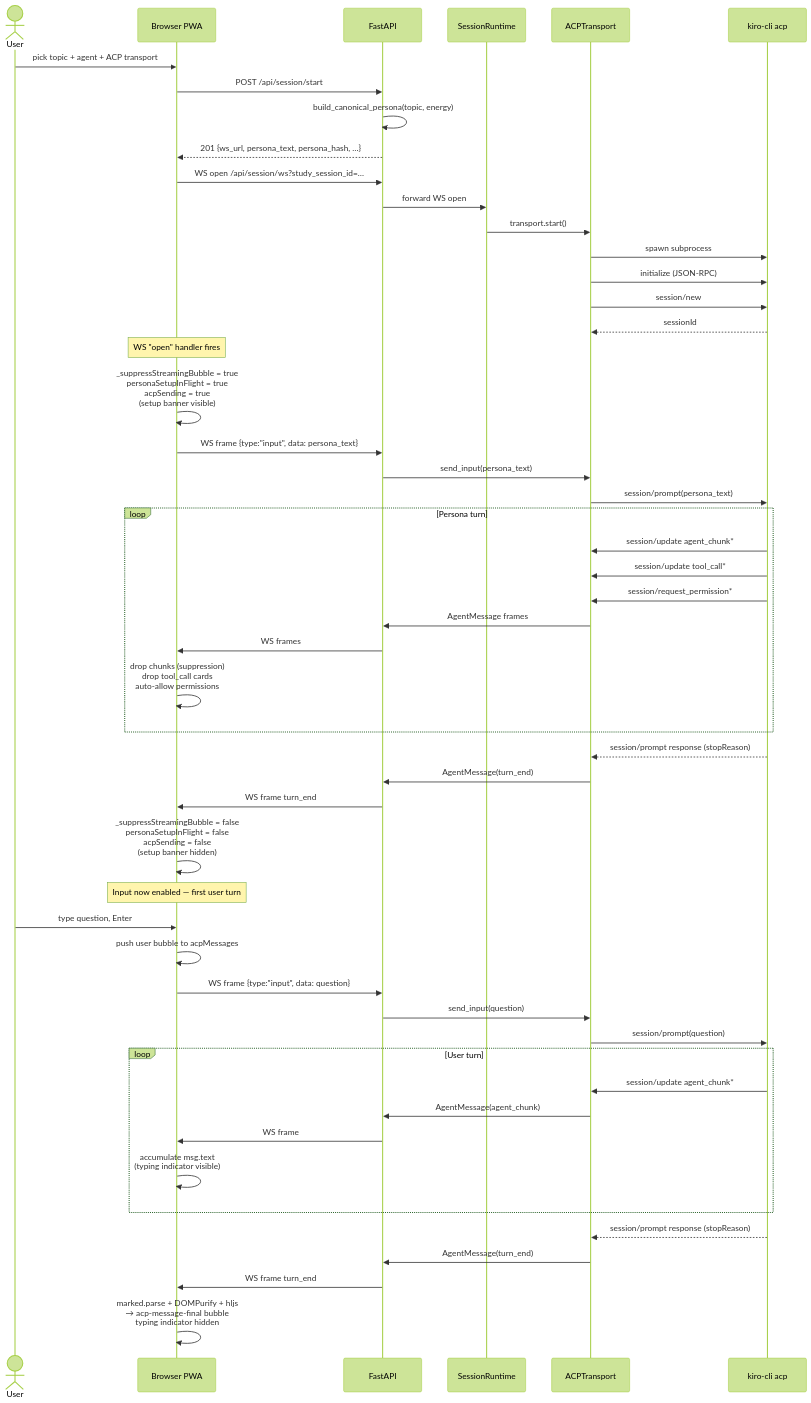
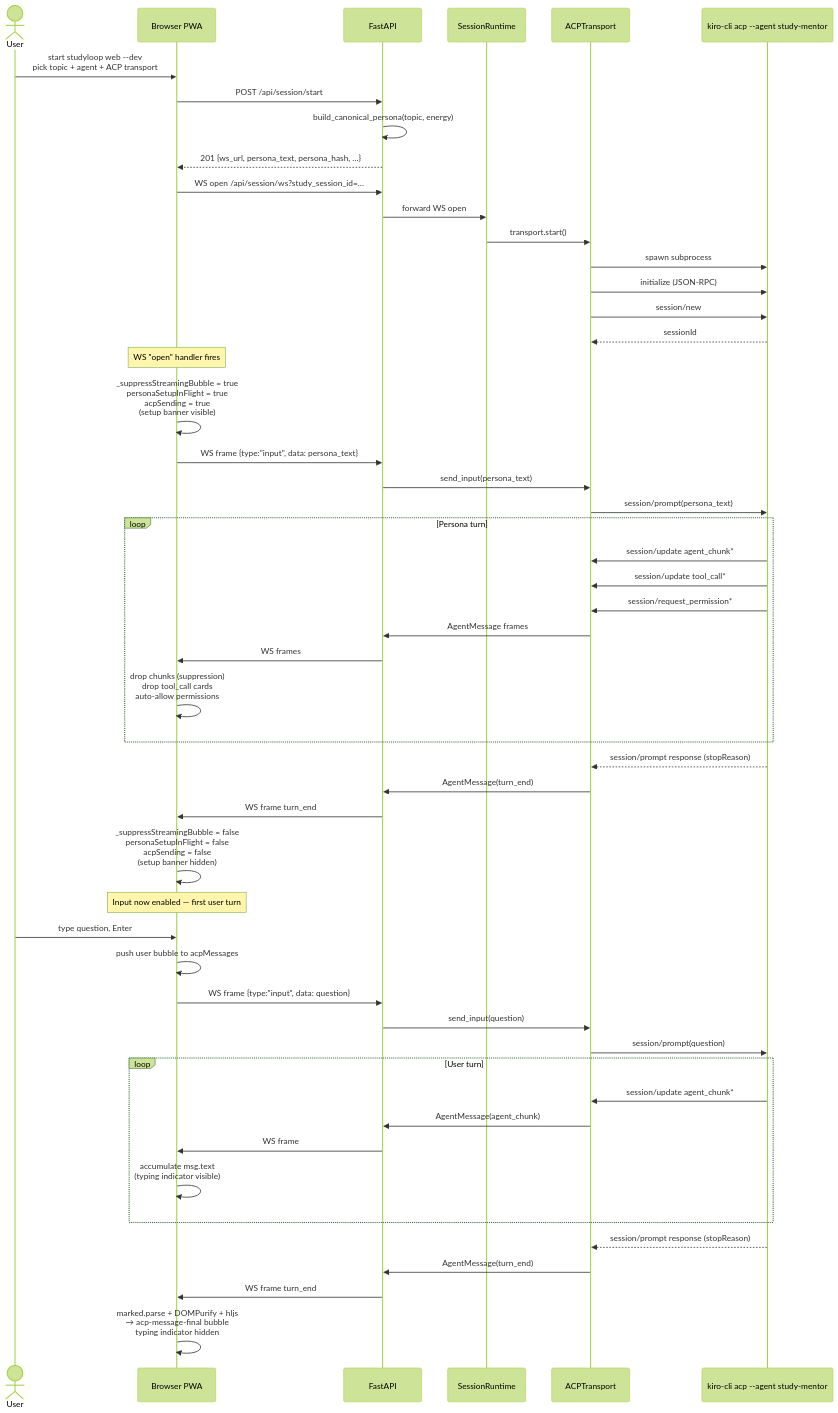
Before and after one commit to NetDevAutomate/StudyLoop: the sixth of 13 diagrams in docs/architecture/current.md, drawn with Mermaid (forest theme). The commit also changed other lines of this file and 31 other files, not shown here.

Commit message:
Gate ACP behind dev mode and verify PTY harnesses

````diff
--- a/docs/architecture/current.md
+++ b/docs/architecture/current.md
@@ -346,60 +346,60 @@
 ```mermaid
 sequenceDiagram
     actor User
     participant PWA as Browser PWA
     participant API as FastAPI
     participant Runtime as SessionRuntime
     participant ACP as ACPTransport
-    participant Agent as kiro-cli acp
+    participant Agent as kiro-cli acp --agent study-mentor
 
-    User->>PWA: pick topic + agent + ACP transport
+    User->>PWA: start studyloop web --dev<br/>pick topic + agent + ACP transport
     PWA->>API: POST /api/session/start
     API->>API: build_canonical_persona(topic, energy)
     API-->>PWA: 201 {ws_url, persona_text, persona_hash, …}
     PWA->>API: WS open /api/session/ws?study_session_id=…
     API->>Runtime: forward WS open
     Runtime->>ACP: transport.start()
     ACP->>Agent: spawn subprocess
     ACP->>Agent: initialize (JSON-RPC)
     ACP->>Agent: session/new
     Agent-->>ACP: sessionId
 
     Note over PWA: WS "open" handler fires
     PWA->>PWA: _suppressStreamingBubble = true<br/>personaSetupInFlight = true<br/>acpSending = true<br/>(setup banner visible)
     PWA->>API: WS frame {type:"input", data: persona_text}
     API->>ACP: send_input(persona_text)
     ACP->>Agent: session/prompt(persona_text)
 
     loop Persona turn
       Agent->>ACP: session/update agent_chunk*
       Agent->>ACP: session/update tool_call*
       Agent->>ACP: session/request_permission*
       ACP->>API: AgentMessage frames
       API->>PWA: WS frames
       PWA->>PWA: drop chunks (suppression)<br/>drop tool_call cards<br/>auto-allow permissions
     end
 
     Agent-->>ACP: session/prompt response (stopReason)
     ACP->>API: AgentMessage(turn_end)
     API->>PWA: WS frame turn_end
     PWA->>PWA: _suppressStreamingBubble = false<br/>personaSetupInFlight = false<br/>acpSending = false<br/>(setup banner hidden)
 
     Note over PWA: Input now enabled — first user turn
     User->>PWA: type question, Enter
     PWA->>PWA: push user bubble to acpMessages
     PWA->>API: WS frame {type:"input", data: question}
     API->>ACP: send_input(question)
     ACP->>Agent: session/prompt(question)
 
     loop User turn
       Agent->>ACP: session/update agent_chunk*
       ACP->>API: AgentMessage(agent_chunk)
       API->>PWA: WS frame
       PWA->>PWA: accumulate msg.text<br/>(typing indicator visible)
     end
 
     Agent-->>ACP: session/prompt response (stopReason)
     ACP->>API: AgentMessage(turn_end)
     API->>PWA: WS frame turn_end
     PWA->>PWA: marked.parse + DOMPurify + hljs<br/>→ acp-message-final bubble<br/>typing indicator hidden
 ```
````
